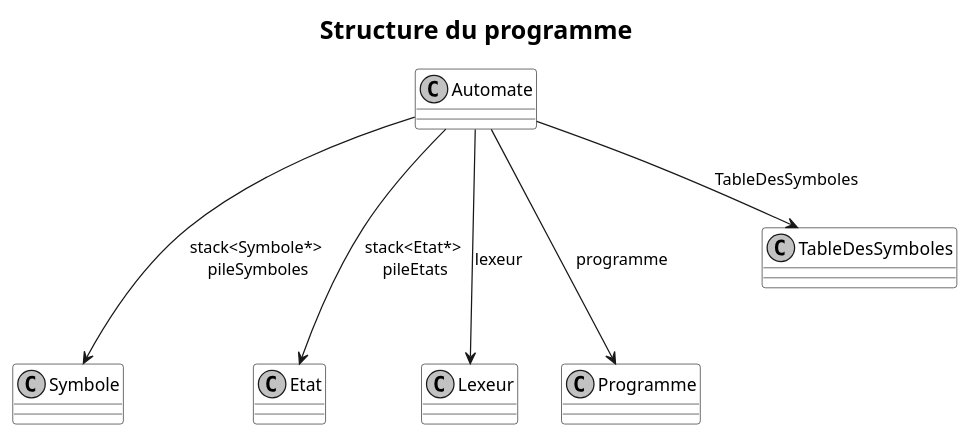
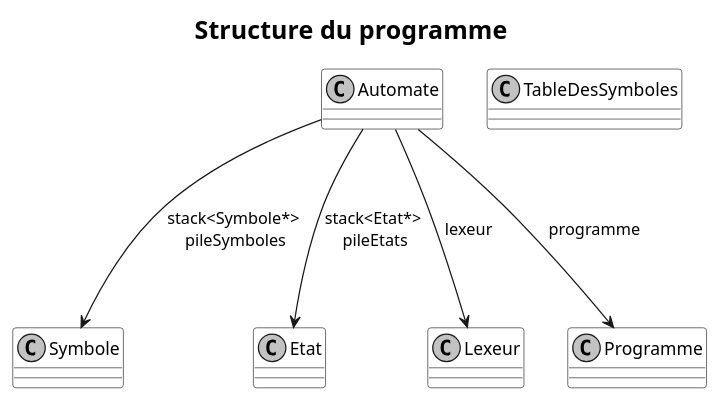
The diagram in doc/structure.puml (0xnome/lutin), drawn with PlantUML before and after one commit.

```diff
--- a/doc/structure.puml
+++ b/doc/structure.puml
@@ -1,47 +1,46 @@
 @startuml
 skinparam monochrome true
 skinparam shadowing false
 skinparam TitleFontSize 20
 skinparam sequenceTitleFontSize 20
 skinparam sequenceTitleFontStyle plain
 
 skinparam class {
 	BackgroundColor white
 	BackgroundColor<<Warning>> lightblue
 }
 
 title Structure du programme
 
 class Symbole{
 
 }
 
 class Automate{
 
 }
 
 Automate ---> Symbole : stack<Symbole*>\n pileSymboles
 Automate ---> Etat : stack<Etat*>\n pileEtats
 Automate ---> Lexeur : lexeur
 Automate ---> Programme : programme
 
 class Etat{
 
 }
 
 class Programme{
 
 }
 
 
 class TableDesSymboles{
 }
 
-Automate --> TableDesSymboles : TableDesSymboles
 
 
 class Lexeur{
 
 }
 
 @enduml
```
